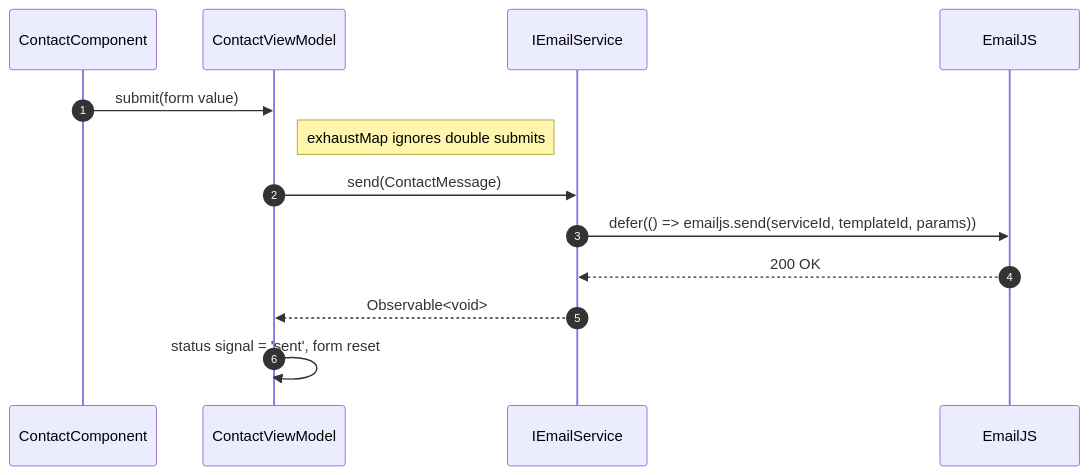
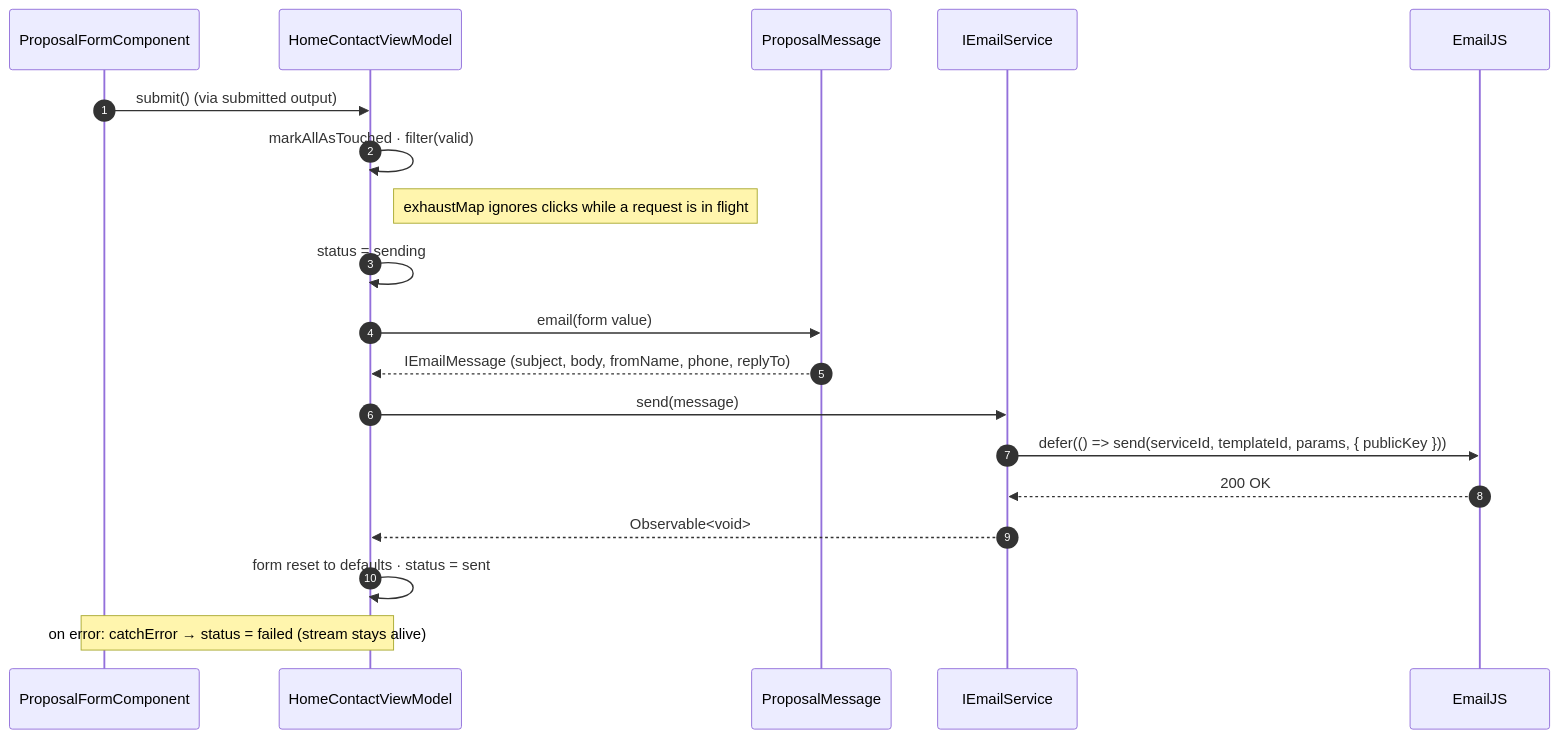
Before and after one commit to RaviAkhouri30/taalyatra: the third of 5 diagrams in docs/architecture/sequence-diagrams.md, drawn with Mermaid. The commit also changed other lines of this file and 368 other files, not shown here.

````diff
--- a/docs/architecture/sequence-diagrams.md
+++ b/docs/architecture/sequence-diagrams.md
@@ -57,16 +57,22 @@
 ```mermaid
 sequenceDiagram
   autonumber
-  participant C as ContactComponent
-  participant VM as ContactViewModel
+  participant PF as ProposalFormComponent
+  participant VM as HomeContactViewModel
+  participant PM as ProposalMessage
   participant E as IEmailService
   participant EJ as EmailJS
 
-  C->>VM: submit(form value)
-  Note right of VM: exhaustMap ignores double submits
-  VM->>E: send(ContactMessage)
-  E->>EJ: defer(() => emailjs.send(serviceId, templateId, params))
+  PF->>VM: submit() (via submitted output)
+  VM->>VM: markAllAsTouched · filter(valid)
+  Note right of VM: exhaustMap ignores clicks while a request is in flight
+  VM->>VM: status = sending
+  VM->>PM: email(form value)
+  PM-->>VM: IEmailMessage (subject, body, fromName, phone, replyTo)
+  VM->>E: send(message)
+  E->>EJ: defer(() => send(serviceId, templateId, params, { publicKey }))
   EJ-->>E: 200 OK
   E-->>VM: Observable<void>
-  VM->>VM: status signal = 'sent', form reset
+  VM->>VM: form reset to defaults · status = sent
+  Note over PF,VM: on error: catchError → status = failed (stream stays alive)
 ```
````
